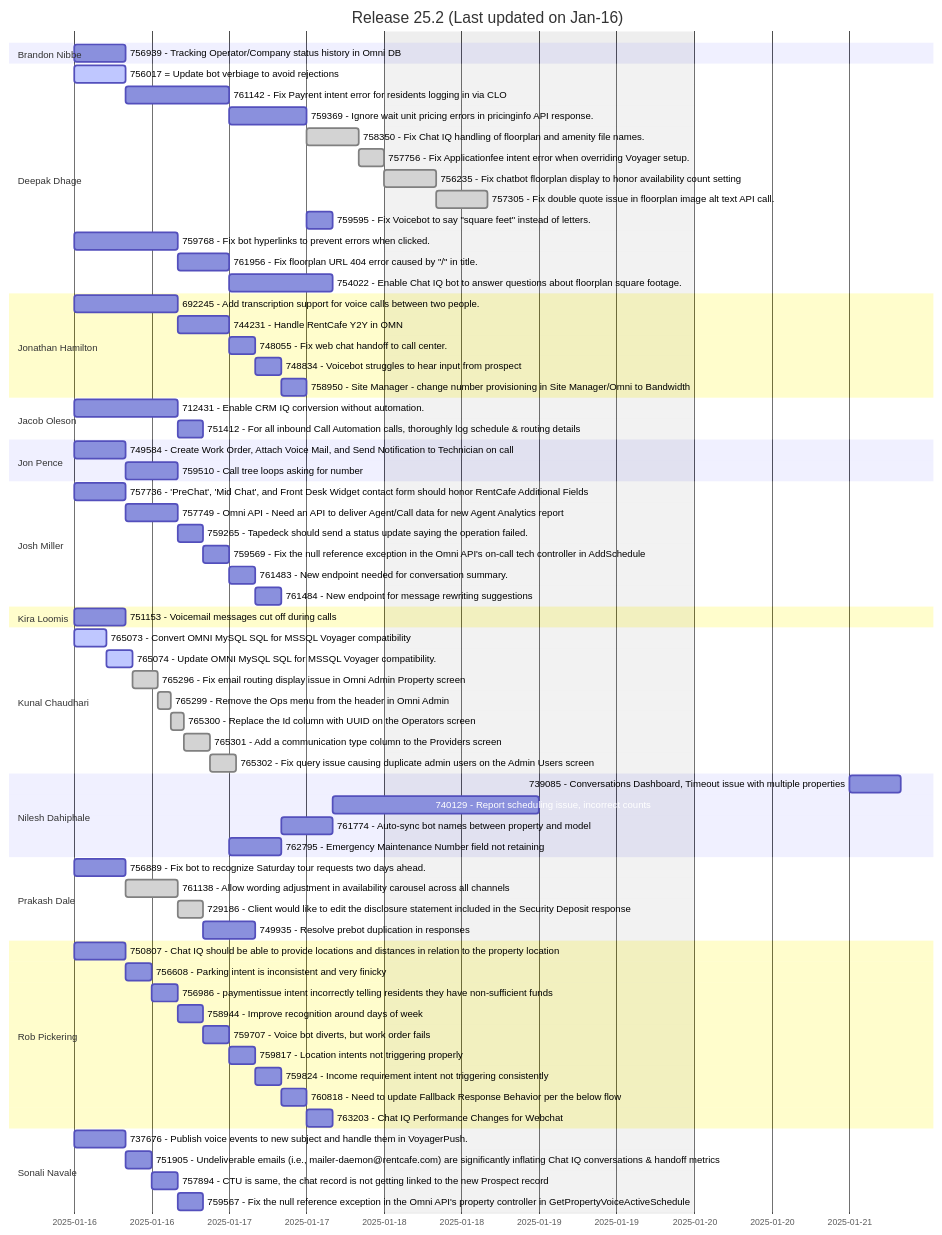
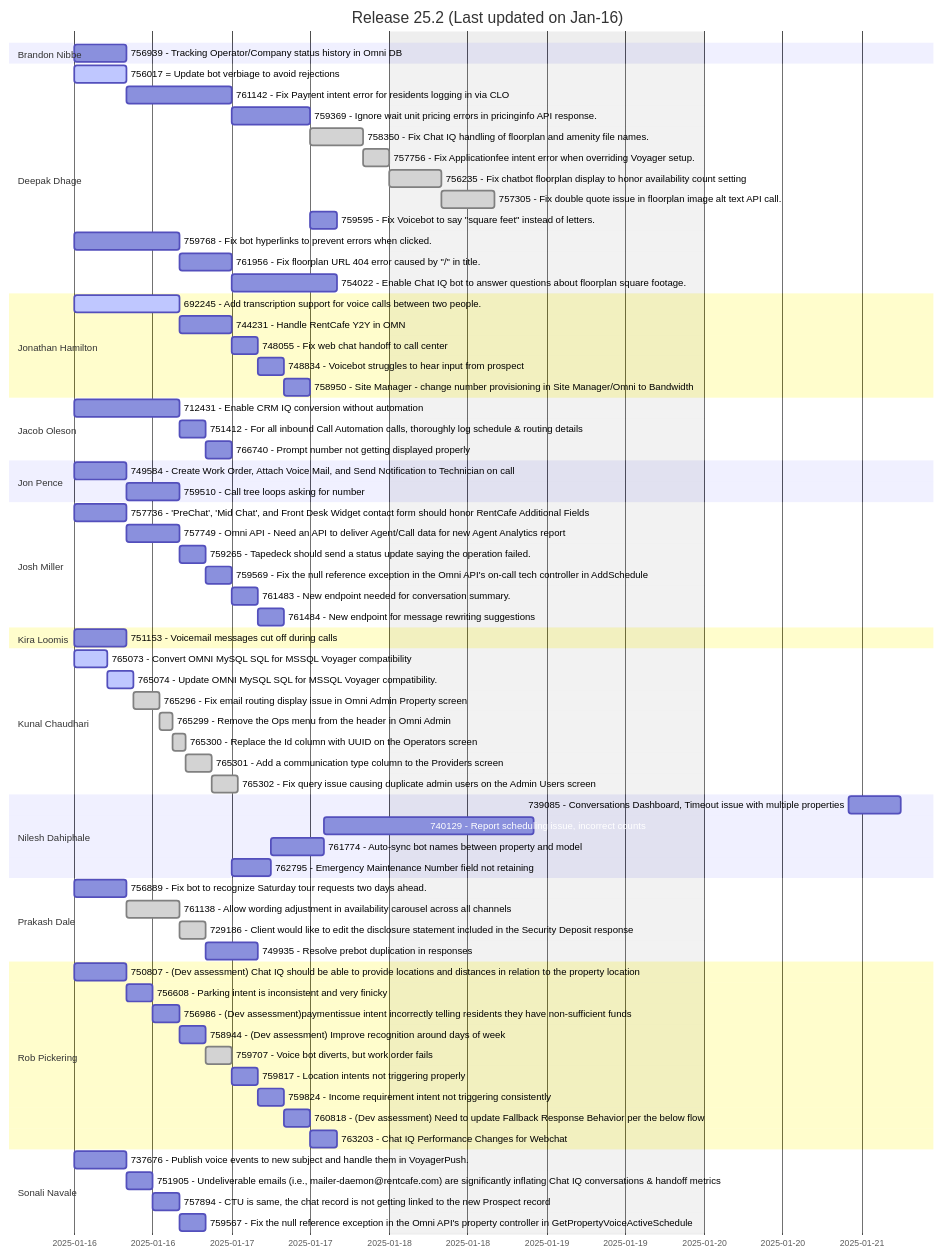
The first of 2 diagrams in README.md (prakash-dale/prakash-dale.github.io), drawn with Mermaid before and after one commit. The commit also changed other lines of this file, not shown here.

```diff
--- a/README.md
+++ b/README.md
@@ -26,15 +26,16 @@
         754022 - Enable Chat IQ bot to answer questions about floorplan square footage.: 754022, after 761956, 16h
 
     section Jonathan Hamilton
-        692245 - Add transcription support for voice calls between two people.: 692245, Jan-16, 16h
+        692245 - Add transcription support for voice calls between two people.: active, 692245, Jan-16, 16h
         744231 - Handle RentCafe Y2Y in OMN: 744231, after 692245, 8h
-        748055 - Fix web chat handoff to call center.: 748055, after 744231, 4h
+        748055 - Fix web chat handoff to call center: 748055, after 744231, 4h
         748834 - Voicebot struggles to hear input from prospect : 748834, after 748055, 4h
         758950 - Site Manager - change number provisioning in Site Manager/Omni to Bandwidth: 758950, after 748834, 4h
 
     section Jacob Oleson
-        712431 - Enable CRM IQ conversion without automation. : 712431, Jan-16, 16h
+        712431 - Enable CRM IQ conversion without automation : 712431, Jan-16, 16h
         751412 - For all inbound Call Automation calls, thoroughly log schedule & routing details : 751412, after 712431, 4h
+        766740 - Prompt number not getting displayed properly : 766740, after 751412, 4h
 
     section Jon Pence
         749584 - Create Work Order, Attach Voice Mail, and Send Notification to Technician on call: 749584, Jan-16, 8h
@@ -64,7 +65,7 @@
         739085 - Conversations Dashboard, Timeout issue with multiple properties: 739085, after 740129, 8h
         740129 - Report scheduling issue, incorrect counts: 740129, after 761774, 32h
         761774 - Auto-sync bot names between property and model: 761774, after 762795, 8h
-        762795 - Emergency Maintenance Number field not retaining: 762795, Jan-17, 8h
+        762795 - Emergency Maintenance Number field not retaining: 762795, Jan-17, 6h
     
     section Prakash Dale
         756889 - Fix bot to recognize Saturday tour requests two days ahead.    : 756889, Jan-16, 8h
@@ -73,14 +74,14 @@
         749935 - Resolve prebot duplication in responses: 749935, after 729186, 8h
         
     section Rob Pickering
-        750807 - Chat IQ should be able to provide locations and distances in relation to the property location: 750807, Jan-16, 8h
+        750807 - (Dev assessment) Chat IQ should be able to provide locations and distances in relation to the property location: 750807, Jan-16, 8h
         756608 - Parking intent is inconsistent and very finicky : 756608, after 750807, 4h
-        756986 - paymentissue intent incorrectly telling residents they have non-sufficient funds : 756986, after 756608, 4h
-        758944 - Improve recognition around days of week : 758944, after 756986, 4h
-        759707 - Voice bot diverts, but work order fails : 759707, after 758944, 4h
+        756986 - (Dev assessment)paymentissue intent incorrectly telling residents they have non-sufficient funds : 756986, after 756608, 4h
+        758944 - (Dev assessment) Improve recognition around days of week : 758944, after 756986, 4h
+        759707 - Voice bot diverts, but work order fails : done, 759707, after 758944, 4h
         759817 - Location intents not triggering properly : 759817, after 759707, 4h
         759824 - Income requirement intent not triggering consistently : 759824, after 759817, 4h
-        760818 - Need to update Fallback Response Behavior per the below flow : 760818, after 759824, 4h
+        760818 - (Dev assessment) Need to update Fallback Response Behavior per the below flow : 760818, after 759824, 4h
         763203 - Chat IQ Performance Changes for Webchat : 763203, after 760818, 4h
 
     section Sonali Navale
```
